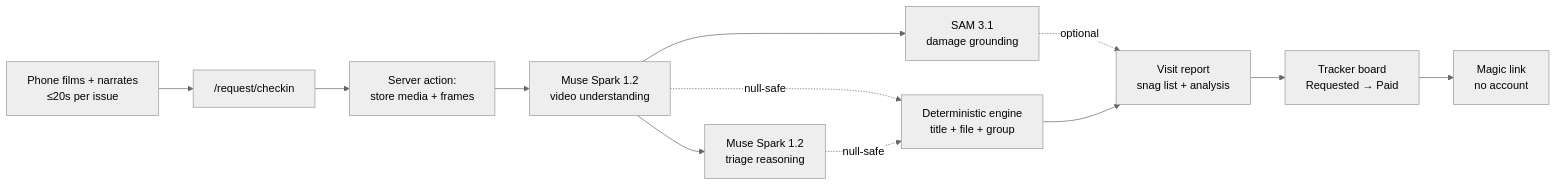
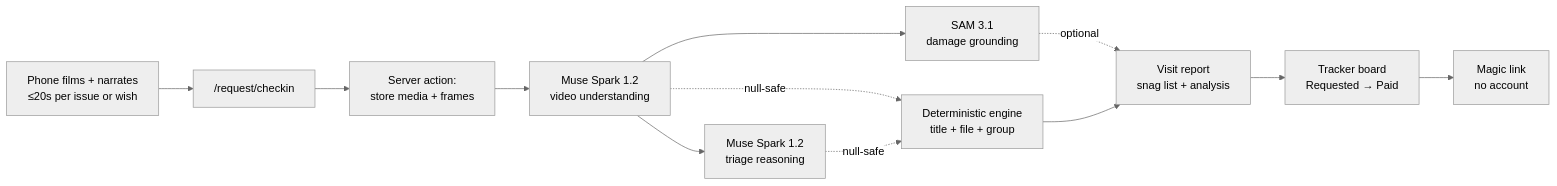
Before and after one commit to phil10xs/vergecare-meta: the diagram in README.md, drawn with Mermaid (neutral theme). The commit also changed other lines of this file and 30 other files, not shown here.

````diff
--- a/README.md
+++ b/README.md
@@ -95,14 +98,14 @@
 ```mermaid
 flowchart LR
-    A[Phone films + narrates<br/>≤20s per issue] --> B["/request/checkin"]
+    A[Phone films + narrates<br/>≤20s per issue or wish] --> B["/request/checkin"]
     B --> C[Server action:<br/>store media + frames]
     C --> D["Muse Spark 1.2<br/>video understanding"]
     D --> E["Muse Spark 1.2<br/>triage reasoning"]
     D --> F["SAM 3.1<br/>damage grounding"]
     D -.->|null-safe| G["Deterministic engine<br/>title + file + group"]
     E -.->|null-safe| G
     F -.->|optional| H["Visit report<br/>snag list + analysis"]
     G --> H
     H --> I["Tracker board<br/>Requested → Paid"]
     I --> J[Magic link<br/>no account]
 ```
````
